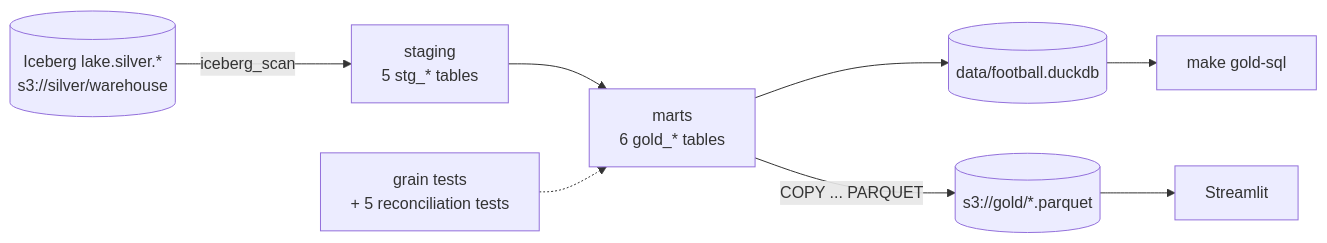
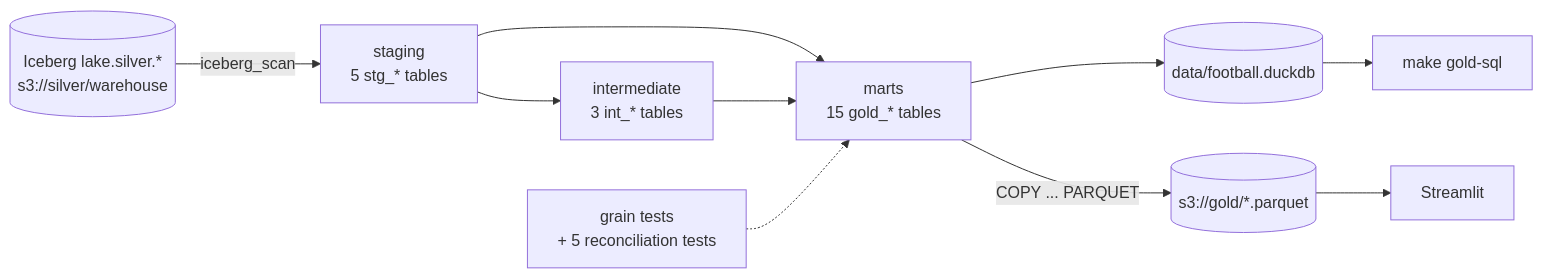
The diagram in dbt/README.md (Anaximandr0s/football-data-platform), drawn with Mermaid before and after one commit. The commit also changed other lines of this file and 7 other files, not shown here.

````diff
--- a/dbt/README.md
+++ b/dbt/README.md
@@ -8,10 +8,12 @@
 ```mermaid
 flowchart LR
     S[(Iceberg lake.silver.*<br/>s3://silver/warehouse)] -->|iceberg_scan| ST[staging<br/>5 stg_* tables]
-    ST --> M[marts<br/>6 gold_* tables]
+    ST --> I[intermediate<br/>3 int_* tables]
+    ST --> M[marts<br/>15 gold_* tables]
+    I --> M
     M --> D[(data/football.duckdb)]
     M -->|COPY ... PARQUET| G[(s3://gold/*.parquet)]
     T[grain tests<br/>+ 5 reconciliation tests] -.-> M
     D --> Q[make gold-sql]
     G --> A[Streamlit]
 ```
````
